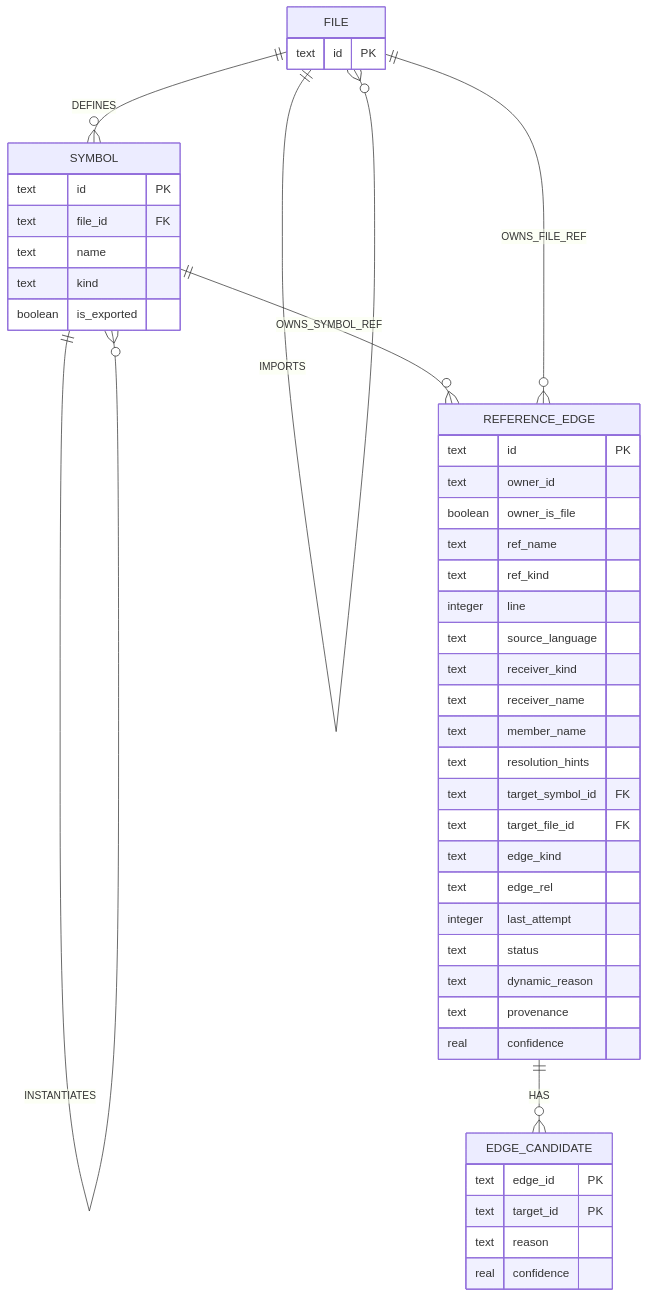
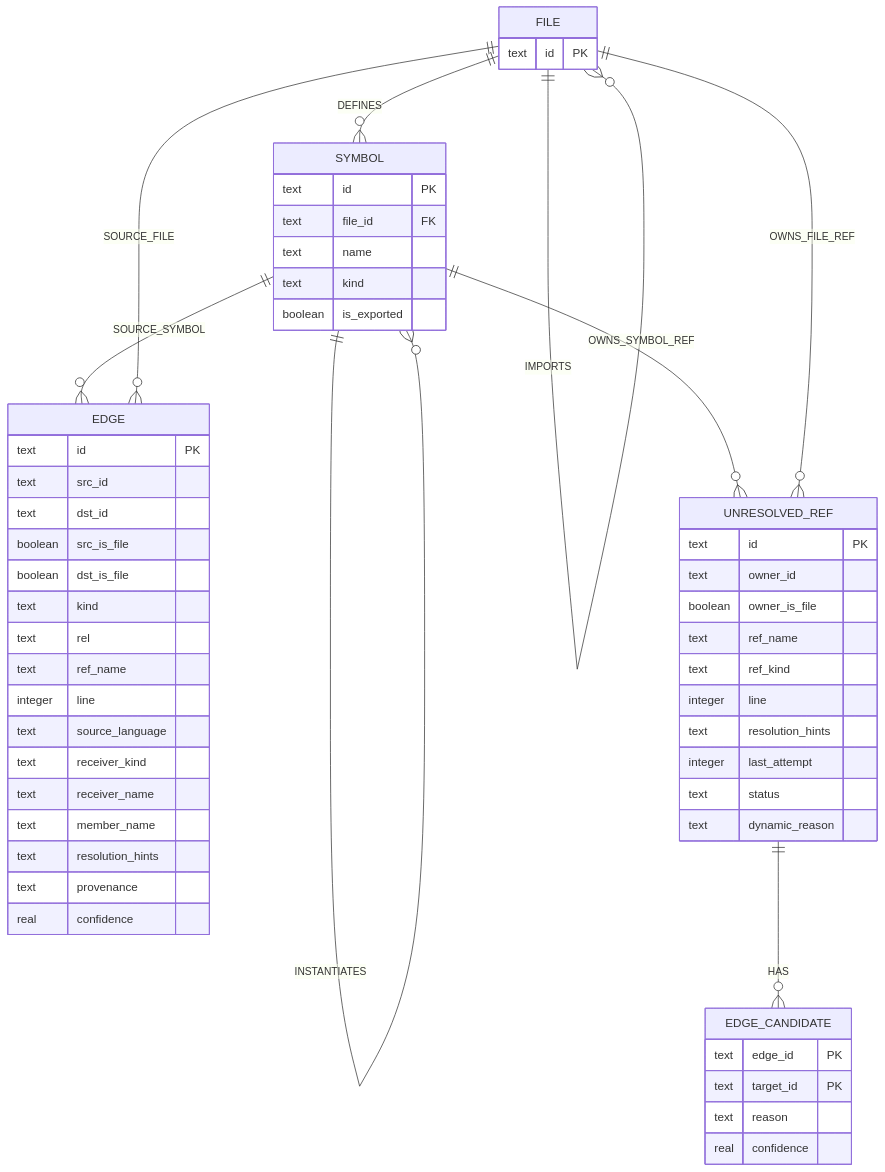
Before and after one commit to liulx20/zvec-grep: the diagram in docs/09-graph.md, drawn with Mermaid. The commit also changed other lines of this file and 6 other files, not shown here.

Commit message:
refactor: simplify graph reference storage

````diff
--- a/docs/09-graph.md
+++ b/docs/09-graph.md
@@ -99,52 +99,62 @@
 ```mermaid
 erDiagram
   FILE ||--o{ SYMBOL : DEFINES
   SYMBOL ||--o{ SYMBOL : CONTAINS
   SYMBOL ||--o{ SYMBOL : CALLS
   SYMBOL ||--o{ SYMBOL : REFS
   SYMBOL ||--o{ SYMBOL : INHERITS
   FILE ||--o{ FILE : IMPORTS
   SYMBOL ||--o{ SYMBOL : INSTANTIATES
-  SYMBOL ||--o{ REFERENCE_EDGE : OWNS_SYMBOL_REF
-  FILE ||--o{ REFERENCE_EDGE : OWNS_FILE_REF
-  REFERENCE_EDGE ||--o{ EDGE_CANDIDATE : HAS
+  SYMBOL ||--o{ EDGE : SOURCE_SYMBOL
+  FILE ||--o{ EDGE : SOURCE_FILE
+  SYMBOL ||--o{ UNRESOLVED_REF : OWNS_SYMBOL_REF
+  FILE ||--o{ UNRESOLVED_REF : OWNS_FILE_REF
+  UNRESOLVED_REF ||--o{ EDGE_CANDIDATE : HAS
 
   FILE {
     text id PK
   }
   SYMBOL {
     text id PK
     text file_id FK
     text name
     text kind
     boolean is_exported
   }
-  REFERENCE_EDGE {
+  EDGE {
+    text id PK
+    text src_id
+    text dst_id
+    boolean src_is_file
+    boolean dst_is_file
+    text kind
+    text rel
+    text ref_name
+    integer line
+    text source_language
+    text receiver_kind
+    text receiver_name
+    text member_name
+    text resolution_hints
+    text provenance
+    real confidence
+  }
+  UNRESOLVED_REF {
     text id PK
     text owner_id
     boolean owner_is_file
     text ref_name
     text ref_kind
     integer line
-    text source_language
-    text receiver_kind
-    text receiver_name
-    text member_name
     text resolution_hints
-    text target_symbol_id FK
-    text target_file_id FK
-    text edge_kind
-    text edge_rel
     integer last_attempt
     text status
     text dynamic_reason
-    text provenance
-    real confidence
   }
   EDGE_CANDIDATE {
     text edge_id PK
     text target_id PK
     text reason
     real confidence
   }
 ```
````
